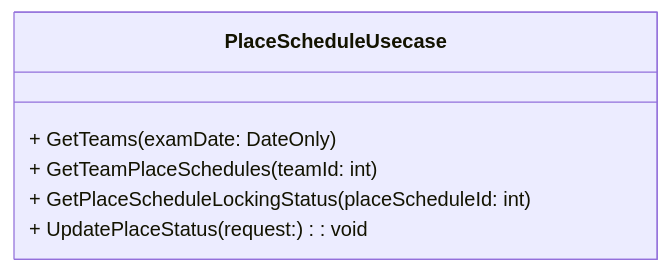
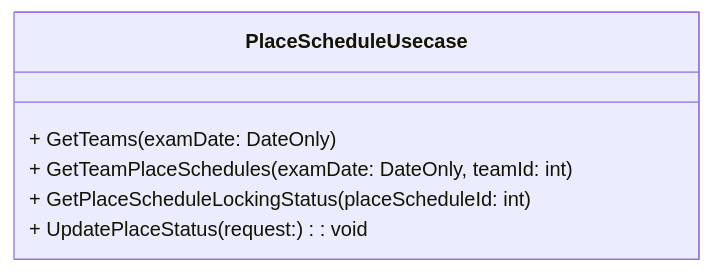
Before and after one commit to MrWangpeilin945/FlutterIOS: the fifth of 29 diagrams in Documents/API設計書/src/docs/5_ユースケース.adoc, drawn with Mermaid. The commit also changed other lines of this file and 2 other files, not shown here.

```diff
--- a/Documents/API設計書/src/docs/5_ユースケース.adoc
+++ b/Documents/API設計書/src/docs/5_ユースケース.adoc
@@ -67,10 +72,10 @@
 [mermaid,PlaceSchedule-u-cd,png]
 ----
 classDiagram
 class PlaceScheduleUsecase {
   + GetTeams(examDate: DateOnly)
-  + GetTeamPlaceSchedules(teamId: int)
+  + GetTeamPlaceSchedules(examDate: DateOnly, teamId: int)
   + GetPlaceScheduleLockingStatus(placeScheduleId: int)
   + UpdatePlaceStatus(request: ): void
 }
 ----
```
